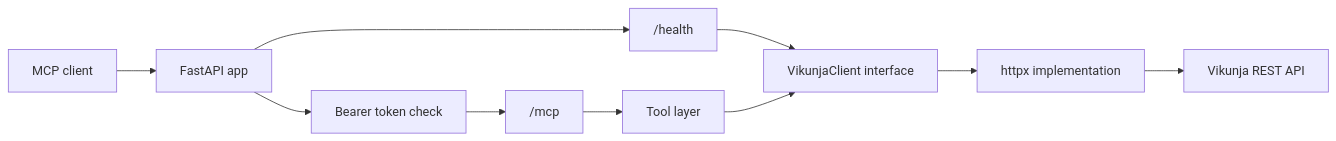
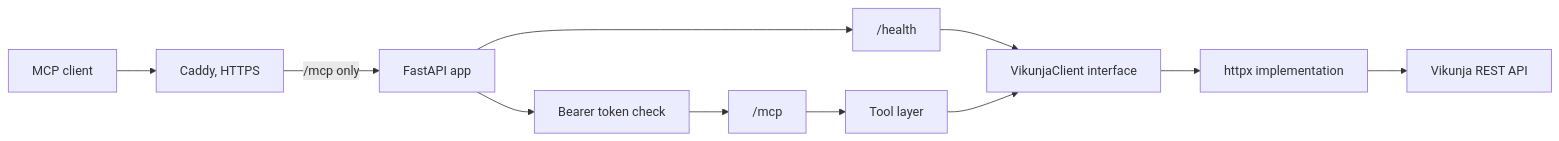
Before and after one commit to pinterbarni/vikunja-mcp: the diagram in README.md, drawn with Mermaid. The commit also changed other lines of this file, not shown here.

````diff
--- a/README.md
+++ b/README.md
@@ -107,12 +128,13 @@
 ```mermaid
 flowchart LR
-    C[MCP client] --> A[FastAPI app]
+    C[MCP client] --> P[Caddy, HTTPS]
+    P -->|"/mcp only"| A[FastAPI app]
     A --> H["/health"]
     A --> B[Bearer token check]
     B --> M["/mcp"]
     M --> T[Tool layer]
     H --> I[VikunjaClient interface]
     T --> I
     I --> X[httpx implementation]
     X --> V[Vikunja REST API]
 ```
````
